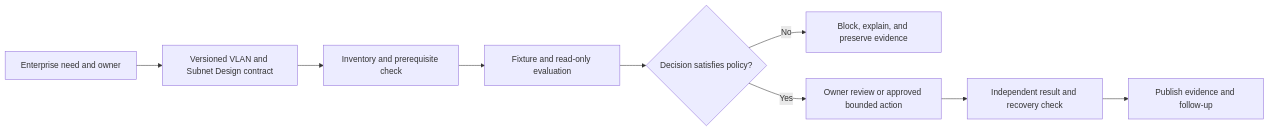
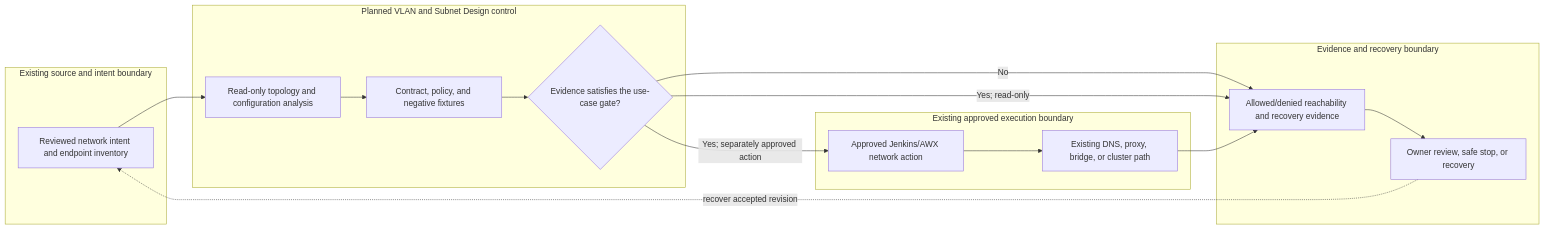
One commit to MIDHTECH/enterprise-architecture-docs changed the diagram in docs/use-cases/network/UC-NET-003-vlan-and-subnet-design.md. Above: the diagram before and after it, drawn with Mermaid. The commit also changed other lines of this file and 227 other files, not shown here.

Commit message:
Deepen architecture for all use case designs

````diff
--- a/docs/use-cases/network/UC-NET-003-vlan-and-subnet-design.md
+++ b/docs/use-cases/network/UC-NET-003-vlan-and-subnet-design.md
@@ -136,11 +129,25 @@
 ```mermaid
 flowchart LR
-    Need["Enterprise need and owner"] --> Contract["Versioned VLAN and Subnet Design contract"]
-    Contract --> Preflight["Inventory and prerequisite check"]
-    Preflight --> Evaluate["Fixture and read-only evaluation"]
-    Evaluate --> Decision{"Decision satisfies policy?"}
-    Decision -->|No| Stop["Block, explain, and preserve evidence"]
-    Decision -->|Yes| Review["Owner review or approved bounded action"]
-    Review --> Verify["Independent result and recovery check"]
-    Verify --> Publish["Publish evidence and follow-up"]
+    subgraph Source["Existing source and intent boundary"]
+        A["Reviewed network intent and endpoint inventory"]
+    end
+    subgraph Planned["Planned VLAN and Subnet Design control"]
+        B["Read-only topology and configuration analysis"]
+        C["Contract, policy, and negative fixtures"]
+        D{"Evidence satisfies the use-case gate?"}
+    end
+    subgraph Runtime["Existing approved execution boundary"]
+        E["Approved Jenkins/AWX network action"]
+        F["Existing DNS, proxy, bridge, or cluster path"]
+    end
+    subgraph Assurance["Evidence and recovery boundary"]
+        G["Allowed/denied reachability and recovery evidence"]
+        H["Owner review, safe stop, or recovery"]
+    end
+
+    A --> B --> C --> D
+    D -->|No| G --> H
+    D -->|Yes; read-only| G
+    D -->|Yes; separately approved action| E --> F --> G
+    H -. recover accepted revision .-> A
 ```
````
